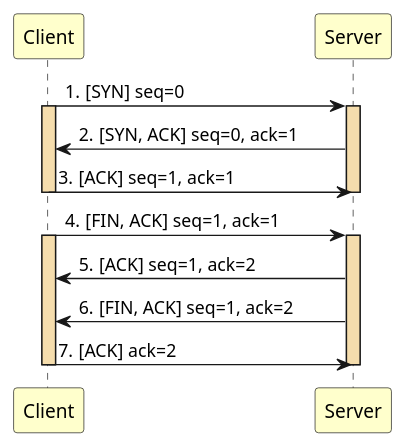
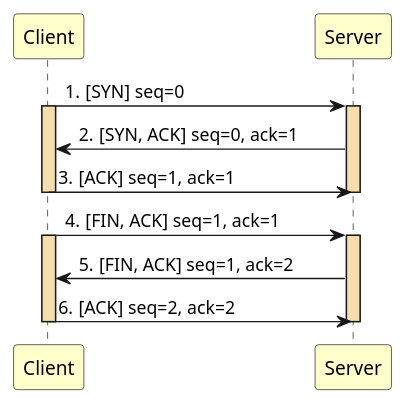
Before and after one commit to JianLiu666/LearningNote-Linux: the diagram in wireshark/tcp.puml, drawn with PlantUML. The commit also changed 7 other files, not shown here.

```diff
--- a/wireshark/tcp.puml
+++ b/wireshark/tcp.puml
@@ -1,33 +1,31 @@
 @startuml tcp
 
 skinparam ParticipantPadding 80
 skinparam BoxPadding 10
 
 participant "Client" as client #BUSINESS
 participant "Server" as server #BUSINESS
 
 autonumber "0."
 
 client -> server : [SYN] seq=0
 activate client #F5DDAD
 activate server #F5DDAD
 
 server -> client : [SYN, ACK] seq=0, ack=1
 
 client -> server : [ACK] seq=1, ack=1
 deactivate client
 deactivate server
 
 client -> server : [FIN, ACK] seq=1, ack=1
 activate client #F5DDAD
 activate server #F5DDAD
 
-server -> client : [ACK] seq=1, ack=2
-
 server -> client : [FIN, ACK] seq=1, ack=2
 
-client -> server : [ACK] ack=2
+client -> server : [ACK] seq=2, ack=2
 deactivate client
 deactivate server
 
 @enduml
```
